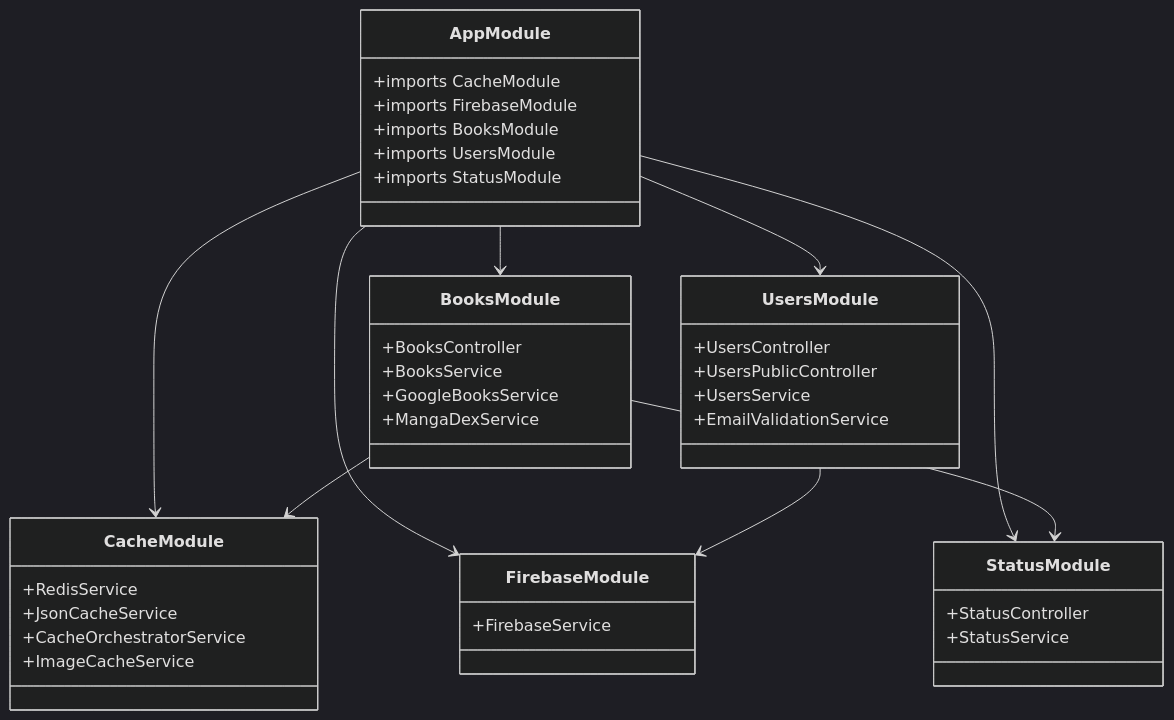
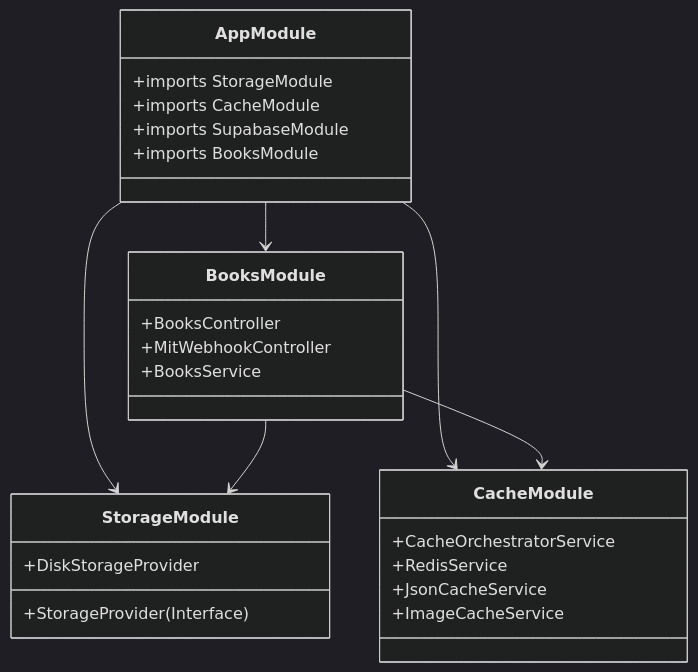
Before and after one commit to Slow-Inc/MangaDock: the third of 6 diagrams in Documents/Software Engineer/UML_REPORT.md, drawn with Mermaid (dark theme). The commit also changed other lines of this file and 54 other files, not shown here.

````diff
--- a/Documents/Software Engineer/UML_REPORT.md
+++ b/Documents/Software Engineer/UML_REPORT.md
@@ -106,51 +93,35 @@
 ```mermaid
 classDiagram
 direction TB
 
 class AppModule {
+  +imports StorageModule
   +imports CacheModule
-  +imports FirebaseModule
+  +imports SupabaseModule
   +imports BooksModule
-  +imports UsersModule
-  +imports StatusModule
+}
+
+class StorageModule {
+  +StorageProvider (Interface)
+  +DiskStorageProvider
 }
 
 class CacheModule {
+  +CacheOrchestratorService
   +RedisService
   +JsonCacheService
-  +CacheOrchestratorService
   +ImageCacheService
-}
-
-class FirebaseModule {
-  +FirebaseService
 }
 
 class BooksModule {
   +BooksController
+  +MitWebhookController
   +BooksService
-  +GoogleBooksService
-  +MangaDexService
 }
 
-class UsersModule {
-  +UsersController
-  +UsersPublicController
-  +UsersService
-  +EmailValidationService
-}
-
-class StatusModule {
-  +StatusController
-  +StatusService
-}
-
+AppModule --> StorageModule
 AppModule --> CacheModule
-AppModule --> FirebaseModule
 AppModule --> BooksModule
-AppModule --> UsersModule
-AppModule --> StatusModule
-BooksModule --> StatusModule
-UsersModule --> FirebaseModule
+BooksModule --> StorageModule
 BooksModule --> CacheModule
 ```
````
